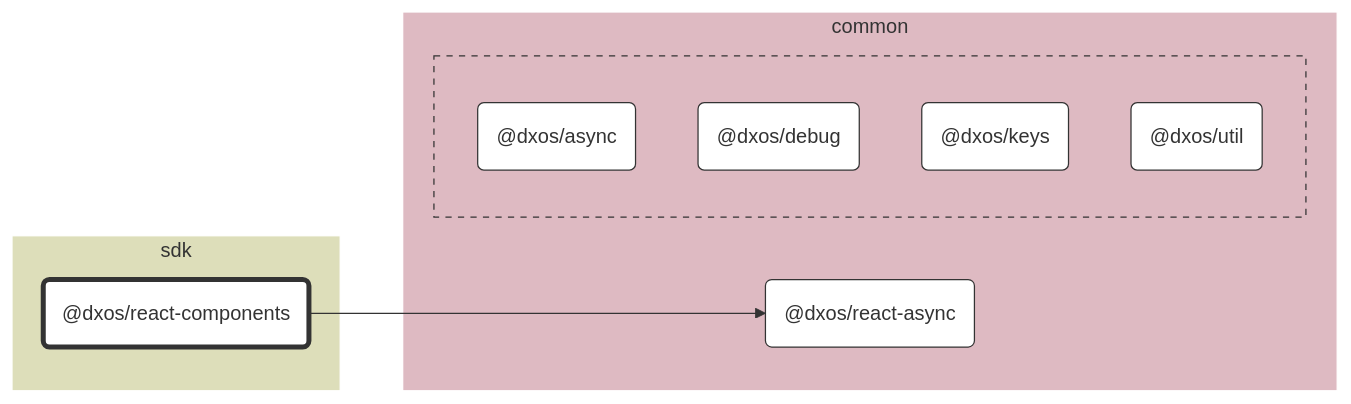
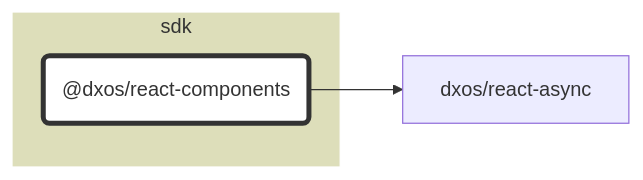
One commit to dxos/dxos changed the diagram in packages/sdk/react-components/docs/README.md. Above: the diagram before and after it, drawn with Mermaid. The commit also changed 87 other files, not shown here.

````diff
--- a/packages/sdk/react-components/docs/README.md
+++ b/packages/sdk/react-components/docs/README.md
@@ -7,51 +7,21 @@
 ```mermaid
 %%{ init: {'flowchart':{'curve':'basis'}} }%%
 
 flowchart LR
 
-%% Links
-dxos/react-components --> dxos/react-async;
+%% Classes
+classDef def fill:#fff,stroke:#333,stroke-width:1px
+classDef root fill:#fff,stroke:#333,stroke-width:4px
 
-%% Sections
-subgraph sdk
-  style sdk fill:#dddeba,stroke:#fff;
+%% Nodes
 
-  dxos/react-components("@dxos/react-components")
+subgraph sdk [sdk]
+  style sdk fill:#dddeba,stroke:#fff
+  dxos/react-components("@dxos/react-components"):::root
+  click dxos/react-components "dxos/dxos/tree/main/packages/sdk/react-components/docs"
 end
 
-subgraph common
-  style common fill:#debac2,stroke:#fff;
-
-  dxos/react-async("@dxos/react-async")
-
-  subgraph common-excluded [ ]
-    style common-excluded fill:#debac2,stroke:#333,stroke-dasharray:5 5;
-
-    dxos/async("@dxos/async")
-    dxos/debug("@dxos/debug")
-    dxos/keys("@dxos/keys")
-    dxos/util("@dxos/util")
-  end
-end
-
-
-%% Hyperlinks
-click dxos/async "dxos/dxos/tree/main/packages/common/async/docs";
-click dxos/debug "dxos/dxos/tree/main/packages/common/debug/docs";
-click dxos/keys "dxos/dxos/tree/main/packages/common/keys/docs";
-click dxos/react-async "dxos/dxos/tree/main/packages/common/react-async/docs";
-click dxos/util "dxos/dxos/tree/main/packages/common/util/docs";
-
-%% Styles
-classDef rootNode fill:#fff,stroke:#333,stroke-width:4px
-classDef defaultNode fill:#fff,stroke:#333,stroke-width:1px
+%% Links
 linkStyle default stroke:#333,stroke-width:1px
-
-dxos/react-components:::rootNode
-
-dxos/async:::defaultNode
-dxos/debug:::defaultNode
-dxos/keys:::defaultNode
-dxos/react-async:::defaultNode
-dxos/util:::defaultNode
+dxos/react-components --> dxos/react-async
 ```
````
